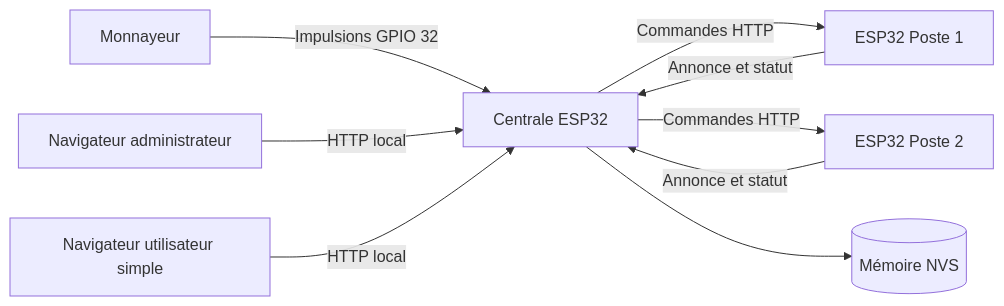
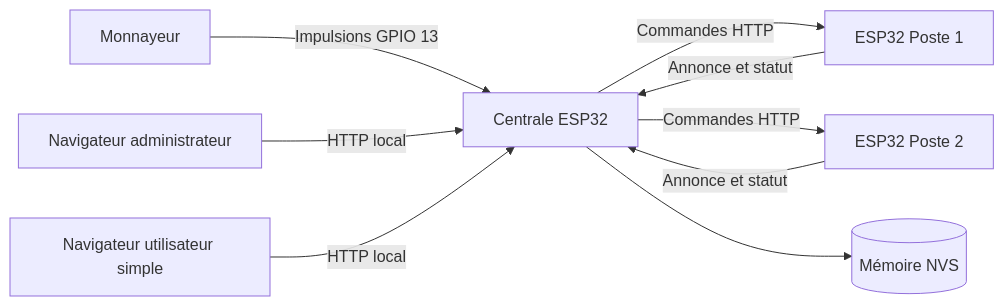
Before and after one commit to abdelazizmezri/esp32-monnayeur-central-gameroom: the diagram in central-esp32/README.md, drawn with Mermaid. The commit also changed other lines of this file, not shown here.

Commit message:
docs(monnayeur): documenter le câblage et la détection sur GPIO 13

````diff
--- a/central-esp32/README.md
+++ b/central-esp32/README.md
@@ -46,11 +46,11 @@
 ```mermaid
 flowchart LR
-    Coin[Monnayeur] -->|Impulsions GPIO 32| Central[Centrale ESP32]
+    Coin[Monnayeur] -->|Impulsions GPIO 13| Central[Centrale ESP32]
     Admin[Navigateur administrateur] -->|HTTP local| Central
     User[Navigateur utilisateur simple] -->|HTTP local| Central
     Central -->|Commandes HTTP| Post1[ESP32 Poste 1]
     Central -->|Commandes HTTP| Post2[ESP32 Poste 2]
     Post1 -->|Annonce et statut| Central
     Post2 -->|Annonce et statut| Central
     Central --> NVS[(Mémoire NVS)]
 ```
````
